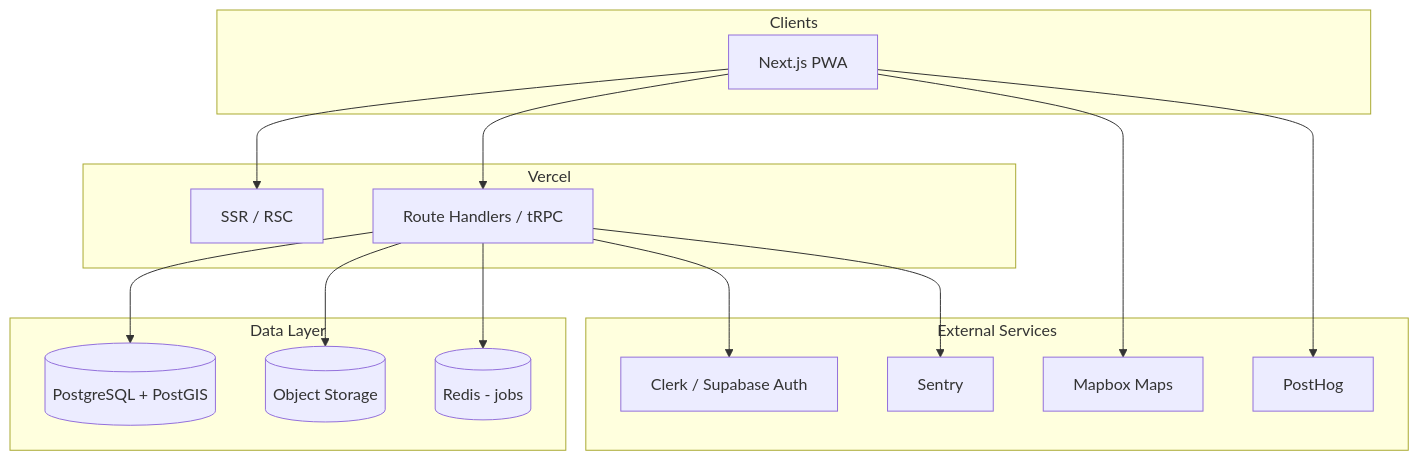
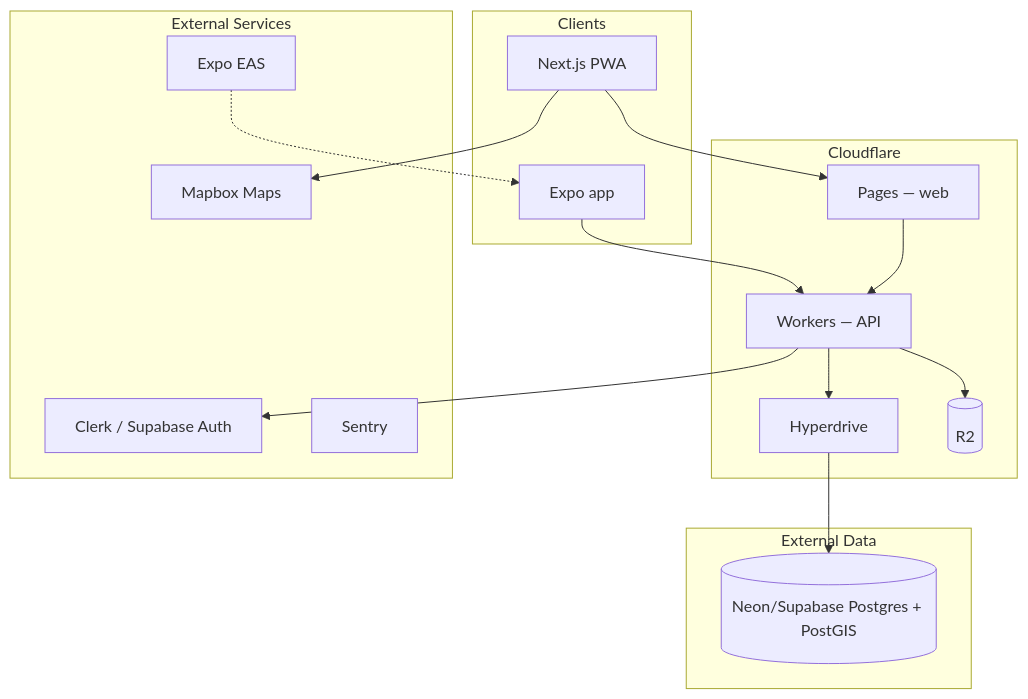
Before and after one commit to alexandrelheinen/freshy: the diagram in docs/roadmap.md, drawn with Mermaid. The commit also changed other lines of this file and 24 other files, not shown here.

First line of the commit message:
Migrate Freshy infrastructure docs and storage from GCP to Cloudflare

````diff
--- a/docs/roadmap.md
+++ b/docs/roadmap.md
@@ -303,34 +311,34 @@
 ```mermaid
 flowchart TB
     subgraph clients [Clients]
         PWA[Next.js PWA]
+        Mobile[Expo app]
     end
 
-    subgraph vercel [Vercel]
-        SSR[SSR / RSC]
-        API[Route Handlers / tRPC]
+    subgraph cf [Cloudflare]
+        Pages[Pages — web]
+        Workers[Workers — API]
+        Hyperdrive[Hyperdrive]
+        R2[(R2)]
     end
 
-    subgraph data [Data Layer]
-        PG[(PostgreSQL + PostGIS)]
-        R2[(Object Storage)]
-        Redis[(Redis - jobs)]
+    subgraph data [External Data]
+        PG[(Neon/Supabase Postgres + PostGIS)]
     end
 
     subgraph external [External Services]
         Mapbox[Mapbox Maps]
         Auth[Clerk / Supabase Auth]
         Sentry[Sentry]
-        Analytics[PostHog]
+        EAS[Expo EAS]
     end
 
-    PWA --> SSR
-    PWA --> API
-    API --> PG
-    API --> R2
-    API --> Redis
-    API --> Auth
+    PWA --> Pages
+    Mobile --> Workers
+    Pages --> Workers
+    Workers --> Hyperdrive --> PG
+    Workers --> R2
     PWA --> Mapbox
-    API --> Sentry
-    PWA --> Analytics
+    Workers --> Auth
+    EAS -.-> Mobile
 ```
````
